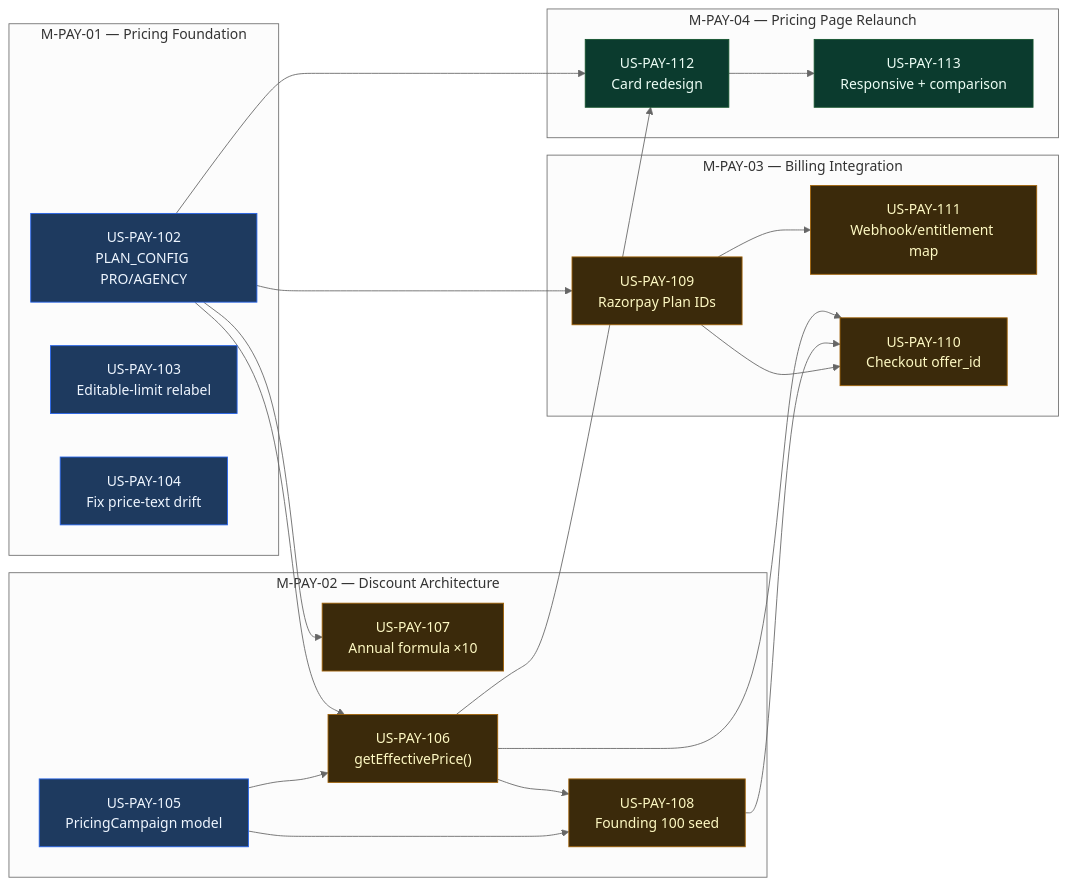
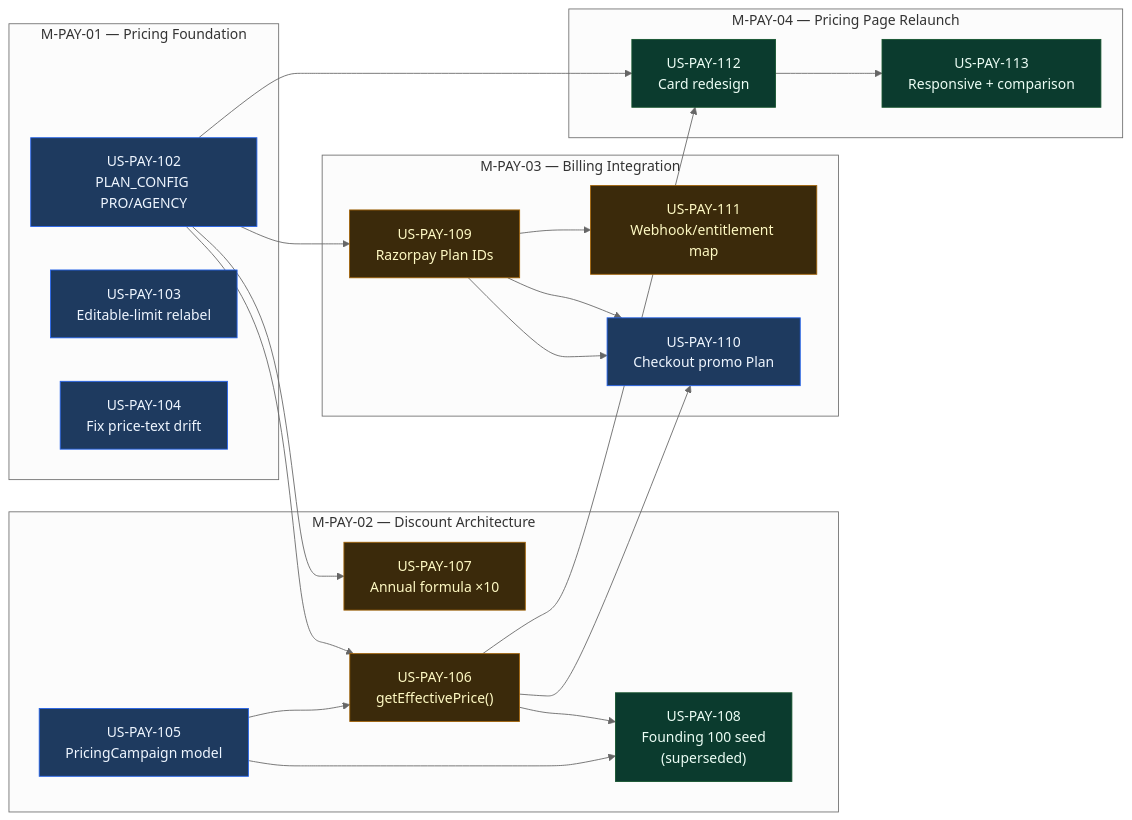
The diagram in docs/agile/epics/phase-1-ai-core/EPIC-PAY-05/EPIC.md (din-prajapati/infographic.io), drawn with Mermaid (neutral theme) before and after one commit. The commit also changed other lines of this file and 7 other files, not shown here.

````diff
--- a/docs/agile/epics/phase-1-ai-core/EPIC-PAY-05/EPIC.md
+++ b/docs/agile/epics/phase-1-ai-core/EPIC-PAY-05/EPIC.md
@@ -213,44 +213,44 @@
 ```mermaid
 flowchart LR
   subgraph M1["M-PAY-01 — Pricing Foundation"]
     US102["US-PAY-102\nPLAN_CONFIG PRO/AGENCY"]:::ready
     US103["US-PAY-103\nEditable-limit relabel"]:::ready
     US104["US-PAY-104\nFix price-text drift"]:::ready
   end
 
   subgraph M2["M-PAY-02 — Discount Architecture"]
     US105["US-PAY-105\nPricingCampaign model"]:::ready
     US107["US-PAY-107\nAnnual formula ×10"]:::blocked
     US106["US-PAY-106\ngetEffectivePrice()"]:::blocked
-    US108["US-PAY-108\nFounding 100 seed"]:::blocked
+    US108["US-PAY-108\nFounding 100 seed\n(superseded)"]:::done
   end
 
   subgraph M3["M-PAY-03 — Billing Integration"]
     US109["US-PAY-109\nRazorpay Plan IDs"]:::blocked
     US111["US-PAY-111\nWebhook/entitlement map"]:::blocked
-    US110["US-PAY-110\nCheckout offer_id"]:::blocked
+    US110["US-PAY-110\nCheckout promo Plan"]:::ready
   end
 
   subgraph M4["M-PAY-04 — Pricing Page Relaunch"]
     US112["US-PAY-112\nCard redesign"]:::done
     US113["US-PAY-113\nResponsive + comparison"]:::done
   end
 
   US102 --> US107
   US102 --> US106
   US105 --> US106
   US106 --> US108
   US105 --> US108
   US102 --> US109
   US109 --> US111
   US106 --> US110
-  US108 --> US110
+  US109 --> US110
   US109 --> US110
   US102 --> US112
   US106 --> US112
   US112 --> US113
 
   classDef ready    fill:#1e3a5f,stroke:#2563eb,color:#eff6ff;
   classDef blocked  fill:#3b2a0b,stroke:#a16207,color:#fef9c3;
   classDef done     fill:#0b3b2e,stroke:#14532d,color:#ecfdf5;
 ```
````
